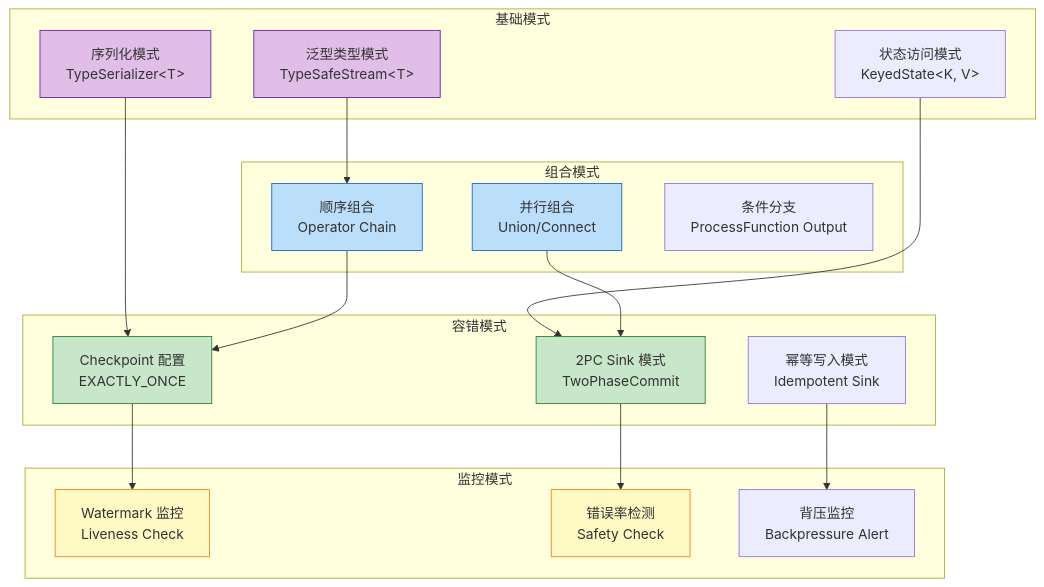
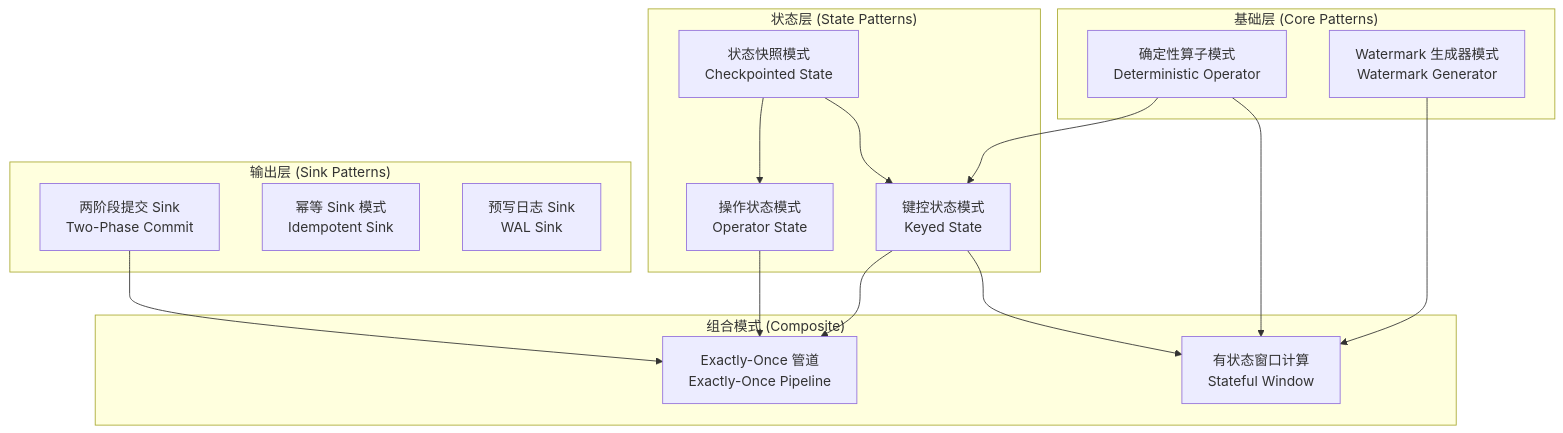
Before and after one commit to AdaMartin18010/AnalysisDataFlow: the second of 4 diagrams in Knowledge/05-mapping-guides/theory-to-code-patterns.md, drawn with Mermaid. The commit also changed other lines of this file and 11 other files, not shown here.

````diff
--- a/Knowledge/05-mapping-guides/theory-to-code-patterns.md
+++ b/Knowledge/05-mapping-guides/theory-to-code-patterns.md
@@ -607,46 +991,34 @@
 ```mermaid
 graph TB
-    subgraph "基础模式"
-        B1[泛型类型模式<br/>TypeSafeStream&lt;T&gt;]
-        B2[序列化模式<br/>TypeSerializer&lt;T&gt;]
-        B3[状态访问模式<br/>KeyedState&lt;K, V&gt;]
+    subgraph "基础层 (Core Patterns)"
+        P1[确定性算子模式<br/>Deterministic Operator]
+        P2[Watermark 生成器模式<br/>Watermark Generator]
     end
 
-    subgraph "组合模式"
-        C1[顺序组合<br/>Operator Chain]
-        C2[并行组合<br/>Union/Connect]
-        C3[条件分支<br/>ProcessFunction Output]
+    subgraph "状态层 (State Patterns)"
+        P3[状态快照模式<br/>Checkpointed State]
+        P4[键控状态模式<br/>Keyed State]
+        P5[操作状态模式<br/>Operator State]
     end
 
-    subgraph "容错模式"
-        F1[Checkpoint 配置<br/>EXACTLY_ONCE]
-        F2[2PC Sink 模式<br/>TwoPhaseCommit]
-        F3[幂等写入模式<br/>Idempotent Sink]
+    subgraph "输出层 (Sink Patterns)"
+        P6[两阶段提交 Sink<br/>Two-Phase Commit]
+        P7[幂等 Sink 模式<br/>Idempotent Sink]
+        P8[预写日志 Sink<br/>WAL Sink]
     end
 
-    subgraph "监控模式"
-        M1[Watermark 监控<br/>Liveness Check]
-        M2[错误率检测<br/>Safety Check]
-        M3[背压监控<br/>Backpressure Alert]
+    subgraph "组合模式 (Composite)"
+        P9[Exactly-Once 管道<br/>Exactly-Once Pipeline]
+        P10[有状态窗口计算<br/>Stateful Window]
     end
 
-    B1 --> C1
-    B2 --> F1
-    B3 --> F2
-
-    C1 --> F1
-    C2 --> F2
-
-    F1 --> M1
-    F2 --> M2
-    F3 --> M3
-
-    style B1 fill:#e1bee7,stroke:#6a1b9a
-    style B2 fill:#e1bee7,stroke:#6a1b9a
-    style C1 fill:#bbdefb,stroke:#1565c0
-    style C2 fill:#bbdefb,stroke:#1565c0
-    style F1 fill:#c8e6c9,stroke:#2e7d32
-    style F2 fill:#c8e6c9,stroke:#2e7d32
-    style M1 fill:#fff9c4,stroke:#f57f17
-    style M2 fill:#fff9c4,stroke:#f57f17
+    P1 --> P4
+    P2 --> P10
+    P3 --> P4
+    P3 --> P5
+    P4 --> P9
+    P5 --> P9
+    P6 --> P9
+    P1 --> P10
+    P4 --> P10
 ```
````
